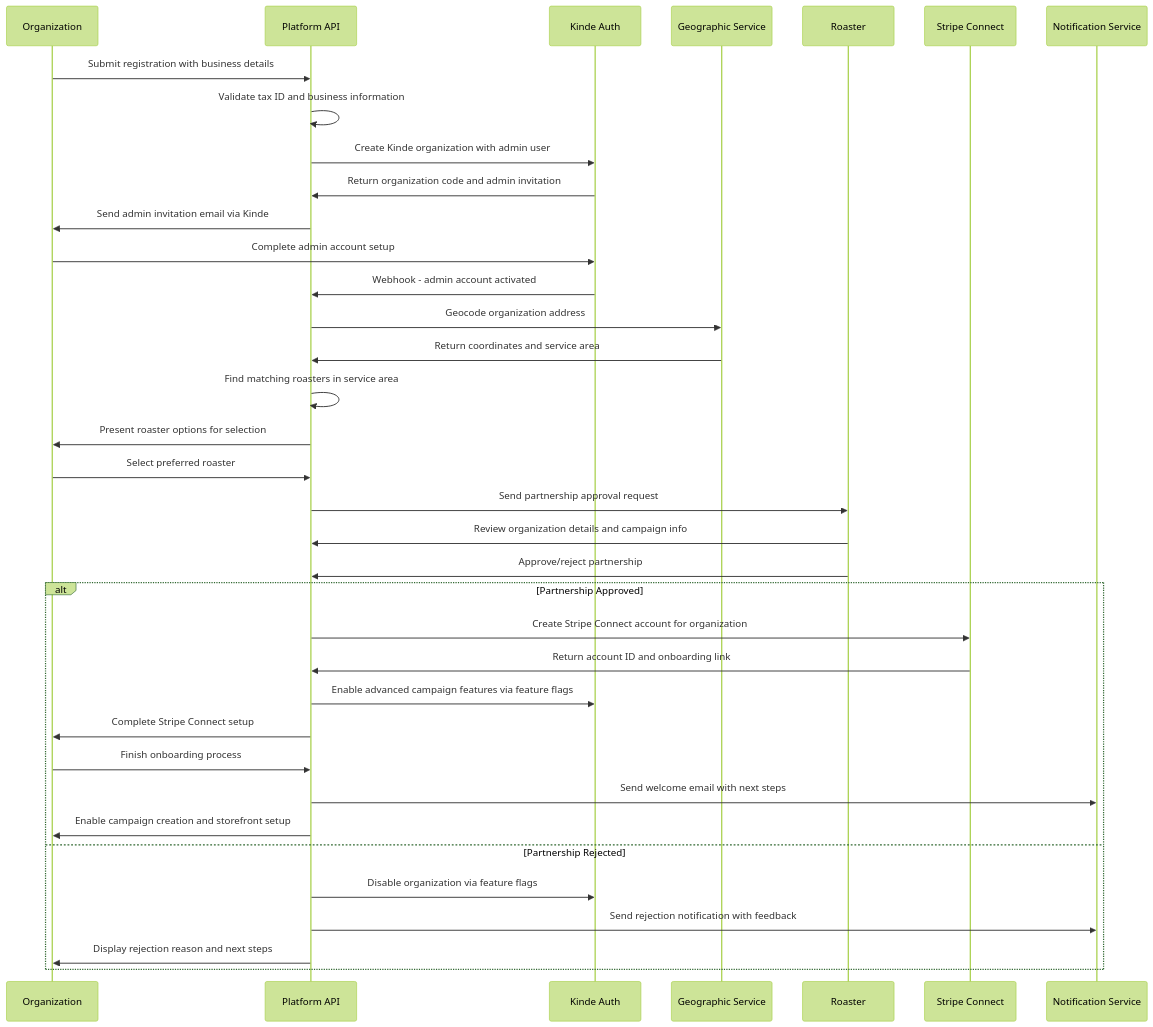
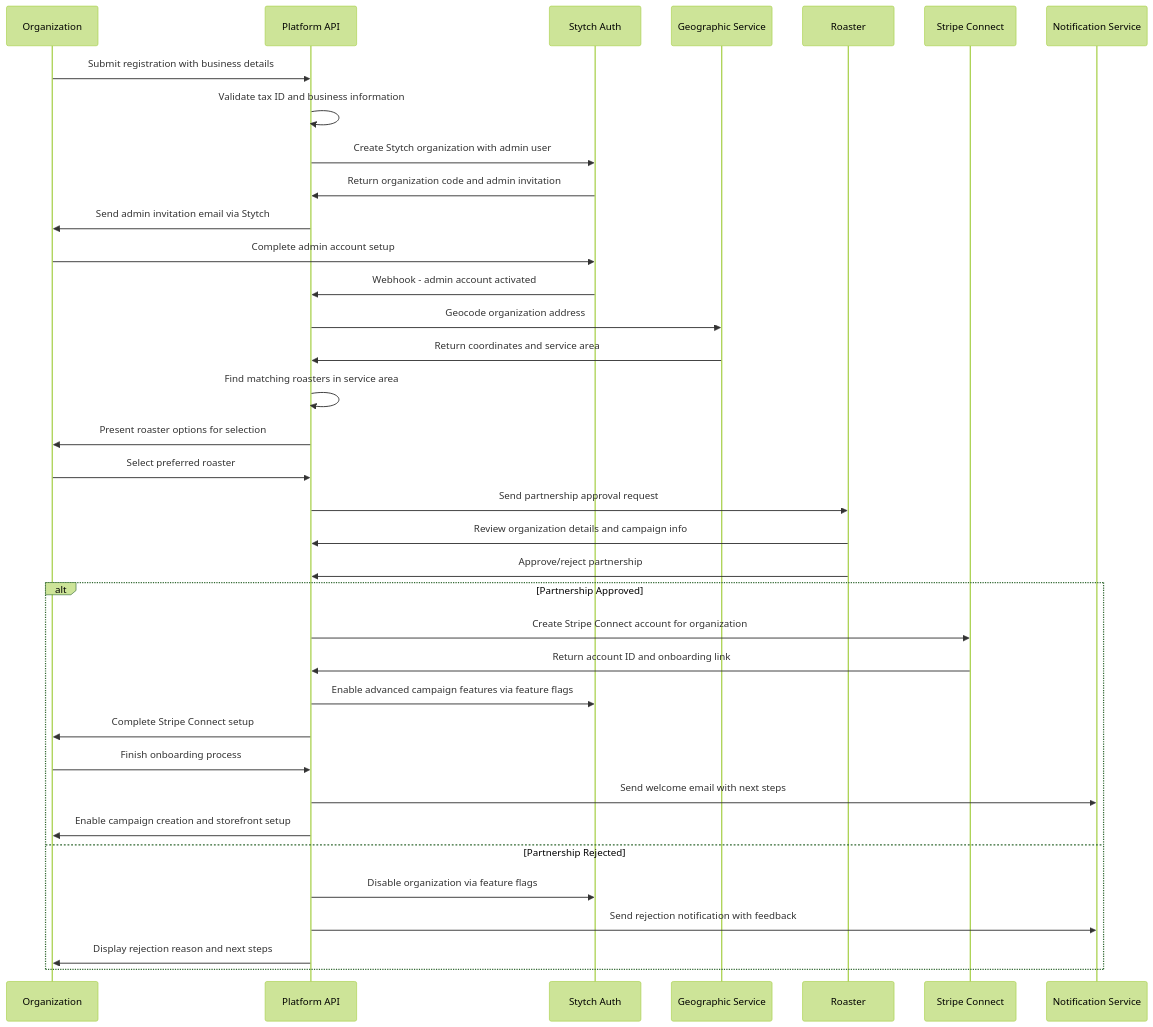
The first of 2 diagrams in docs/architecture/core-workflows.md (FireFlyMediaGroup/joeperks_platform_v2), drawn with Mermaid (forest theme) before and after one commit. The commit also changed other lines of this file and 114 other files, not shown here.

First line of the commit message:
feat(platform): scaffold marketplace APIs and portal auth/org flows; update configs and docs

````diff
--- a/docs/architecture/core-workflows.md
+++ b/docs/architecture/core-workflows.md
@@ -4,39 +4,39 @@
 ```mermaid
 sequenceDiagram
     participant O as Organization
     participant P as Platform API
-    participant K as Kinde Auth
+    participant K as Stytch Auth
     participant G as Geographic Service
     participant R as Roaster
     participant S as Stripe Connect
     participant N as Notification Service
 
     O->>P: Submit registration with business details
     P->>P: Validate tax ID and business information
-    P->>K: Create Kinde organization with admin user
+    P->>K: Create Stytch organization with admin user
     K->>P: Return organization code and admin invitation
-    P->>O: Send admin invitation email via Kinde
+    P->>O: Send admin invitation email via Stytch
     O->>K: Complete admin account setup
     K->>P: Webhook - admin account activated
     P->>G: Geocode organization address
     G->>P: Return coordinates and service area
     P->>P: Find matching roasters in service area
     P->>O: Present roaster options for selection
     O->>P: Select preferred roaster
     P->>R: Send partnership approval request
     R->>P: Review organization details and campaign info
     R->>P: Approve/reject partnership
     alt Partnership Approved
         P->>S: Create Stripe Connect account for organization
         S->>P: Return account ID and onboarding link
         P->>K: Enable advanced campaign features via feature flags
         P->>O: Complete Stripe Connect setup
         O->>P: Finish onboarding process
         P->>N: Send welcome email with next steps
         P->>O: Enable campaign creation and storefront setup
     else Partnership Rejected
         P->>K: Disable organization via feature flags
         P->>N: Send rejection notification with feedback
         P->>O: Display rejection reason and next steps
     end
 ```
````
